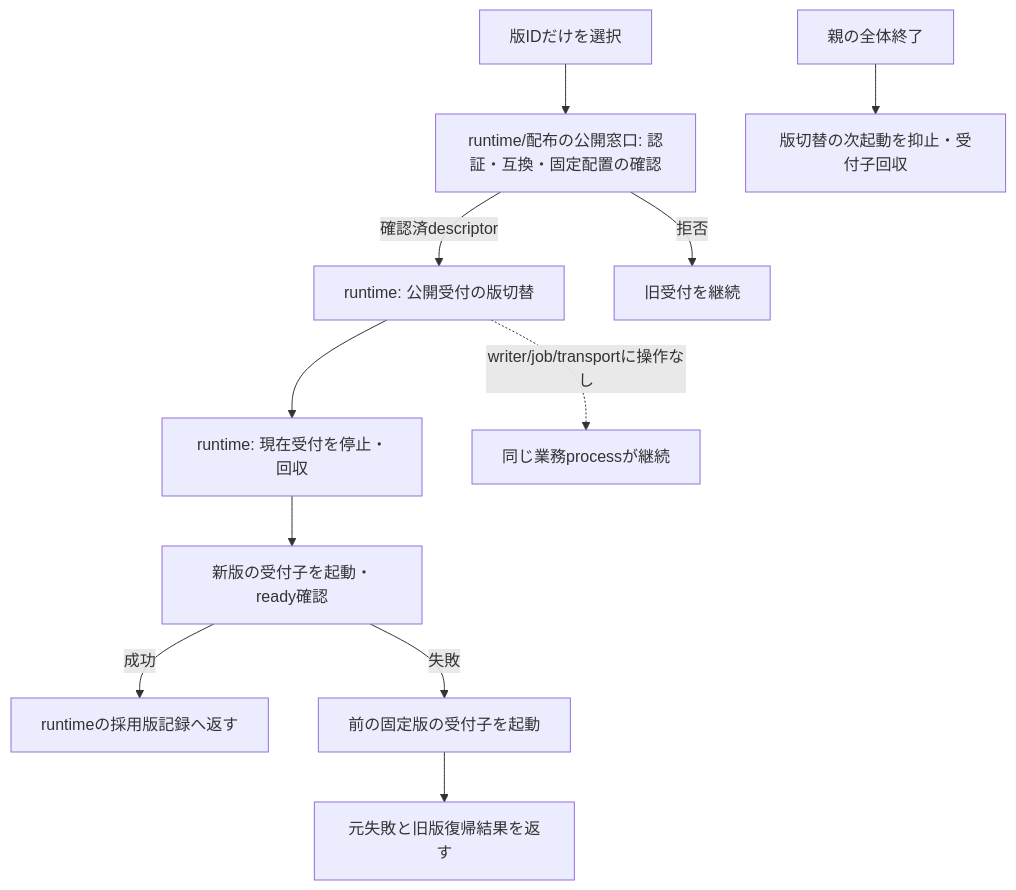
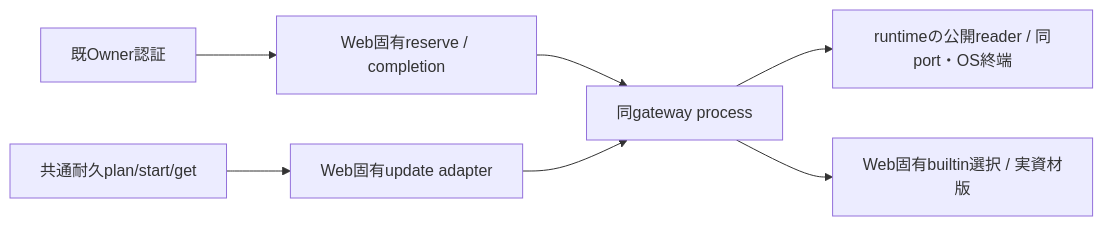
Before and after one commit to kitepon/BellTeam: the ninth of 20 diagrams in docs/architecture/modules/integration/README.md, drawn with Mermaid. The commit also changed other lines of this file and 9 other files, not shown here.

````diff
--- a/docs/architecture/modules/integration/README.md
+++ b/docs/architecture/modules/integration/README.md
@@ -184,13 +182,9 @@
 ```mermaid
-flowchart TD
-  Version[版IDだけを選択] --> Prepare[runtime/配布の公開窓口: 認証・互換・固定配置の確認]
-  Prepare -->|確認済descriptor| Swap[runtime: 公開受付の版切替]
-  Prepare -->|拒否| Keep[旧受付を継続]
-  Swap --> Drain[runtime: 現在受付を停止・回収]
-  Drain --> New[新版の受付子を起動・ready確認]
-  New -->|成功| Adopt[runtimeの採用版記録へ返す]
-  New -->|失敗| Previous[前の固定版の受付子を起動]
-  Previous --> Failure[元失敗と旧版復帰結果を返す]
-  Close[親の全体終了] --> Cancel[版切替の次起動を抑止・受付子回収]
-  Swap -. writer/job/transportに操作なし .-> Business[同じ業務processが継続]
+flowchart LR
+  Owner[既Owner認証] --> Control[Web固有reserve / completion]
+  Ledger[共通耐久plan/start/get] --> Adapter[Web固有update adapter]
+  Control --> Process[同gateway process]
+  Adapter --> Process
+  Process --> Runtime[runtimeの公開reader / 同port・OS終端]
+  Process --> Web[Web固有builtin選択 / 実資材版]
 ```
````
